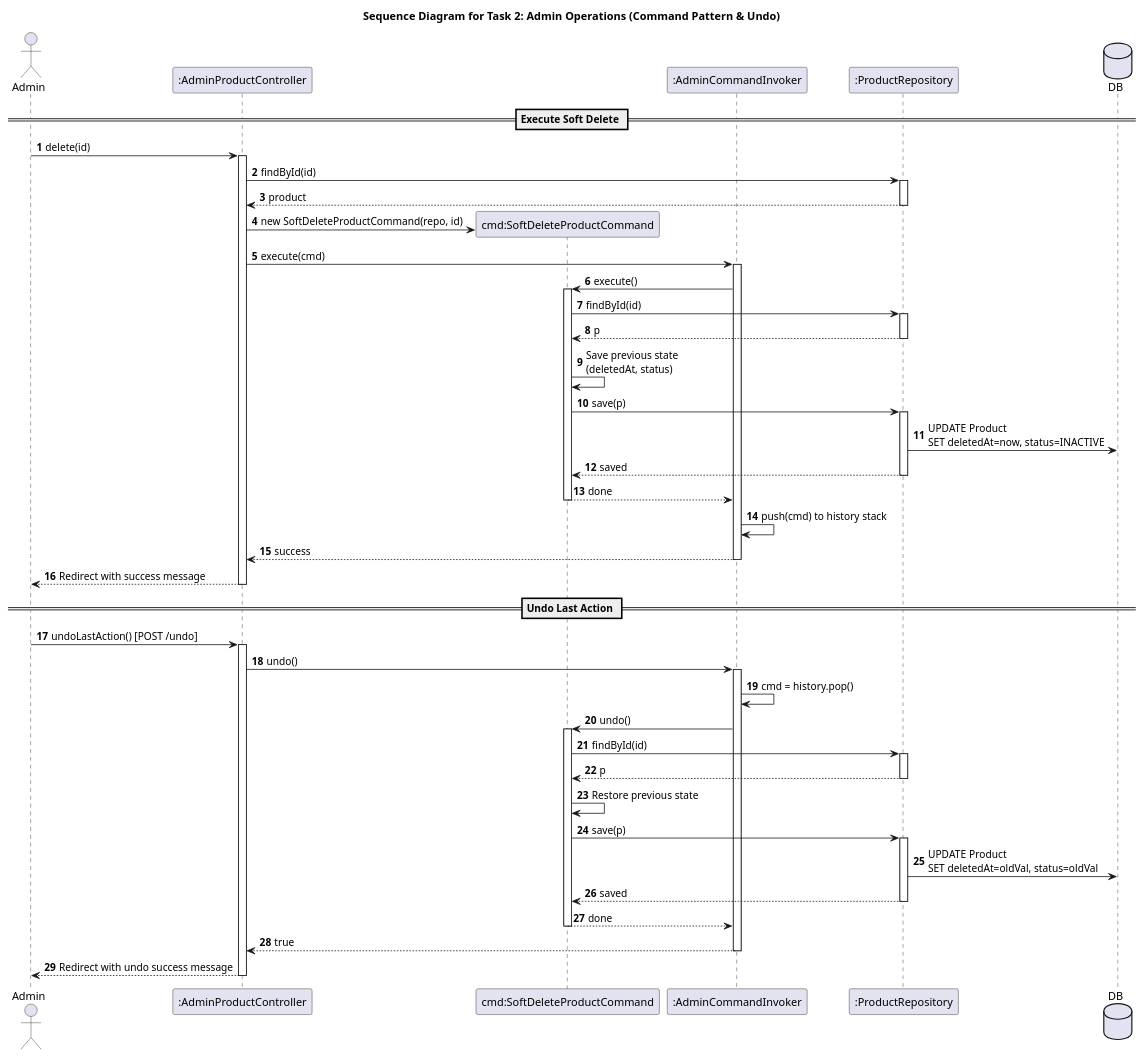
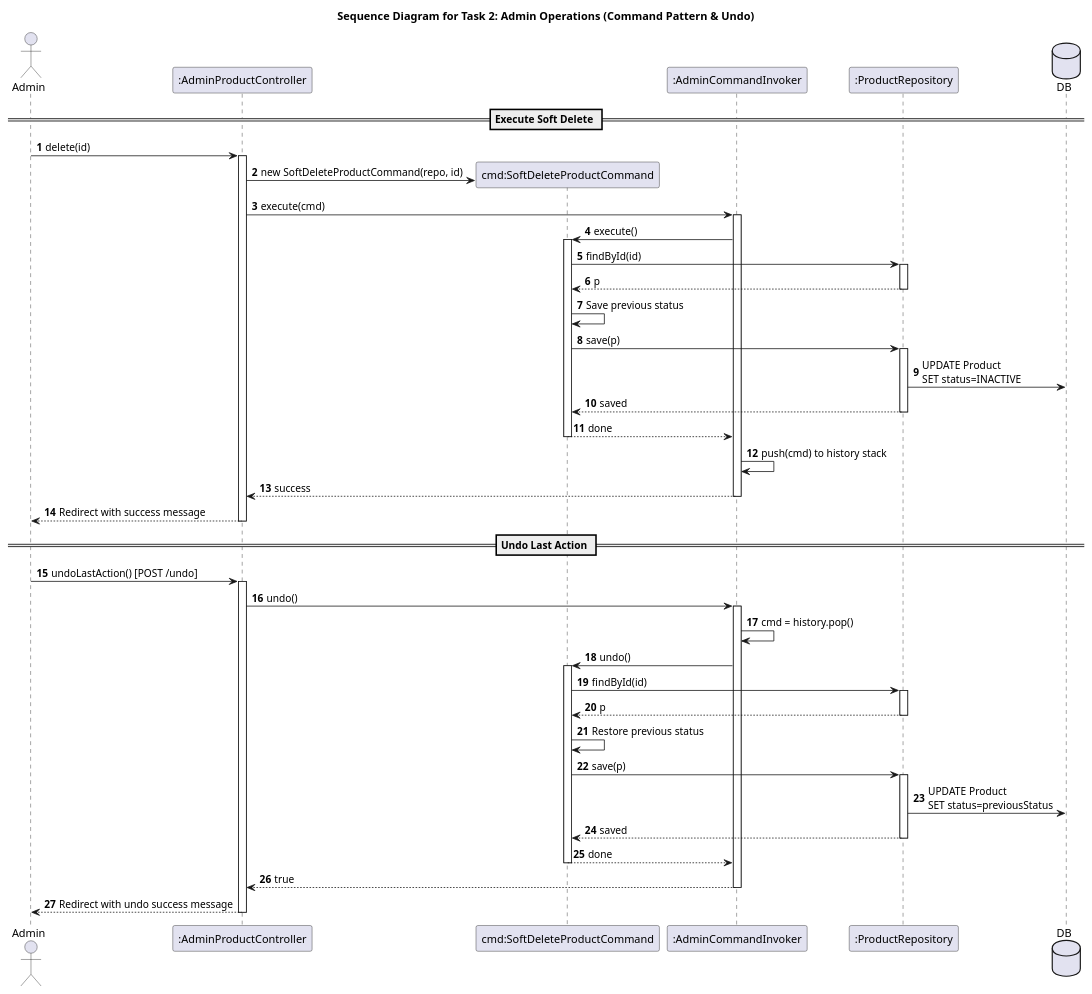
The diagram in problems/Member3_ProductAdmin/task2_sequence.puml (vothnha26/Object-Oriented_Design), drawn with PlantUML before and after one commit. The commit also changed 27 other files, not shown here.

Commit message:
docs: update design problems and sequence diagrams, remove SHIPPER role, and transition to Session/Cookie cart model

```diff
--- a/problems/Member3_ProductAdmin/task2_sequence.puml
+++ b/problems/Member3_ProductAdmin/task2_sequence.puml
@@ -1,82 +1,77 @@
-@startuml
+@startuml task2_sequence
 title Sequence Diagram for Task 2: Admin Operations (Command Pattern & Undo)
 autonumber
 
 actor Admin
 participant ":AdminProductController" as APC
 participant "cmd:SoftDeleteProductCommand" as CMD
 participant ":AdminCommandInvoker" as INV
 participant ":ProductRepository" as REPO
 database DB
 
 == Execute Soft Delete ==
 Admin -> APC : delete(id)
 activate APC
 
-APC -> REPO : findById(id)
-activate REPO
-REPO --> APC : product
-deactivate REPO
-
 APC -> CMD** : new SoftDeleteProductCommand(repo, id)
 APC -> INV : execute(cmd)
 activate INV
 
 INV -> CMD : execute()
 activate CMD
 
 CMD -> REPO : findById(id)
 activate REPO
 REPO --> CMD : p
 deactivate REPO
 
-CMD -> CMD : Save previous state\n(deletedAt, status)
+CMD -> CMD : Save previous status
 CMD -> REPO : save(p)
 activate REPO
-REPO -> DB : UPDATE Product\nSET deletedAt=now, status=INACTIVE
+REPO -> DB : UPDATE Product\nSET status=INACTIVE
 REPO --> CMD : saved
 deactivate REPO
 
 CMD --> INV : done
 deactivate CMD
 
 INV -> INV : push(cmd) to history stack
 INV --> APC : success
 deactivate INV
 
 APC --> Admin : Redirect with success message
 deactivate APC
 
 == Undo Last Action ==
 Admin -> APC : undoLastAction() [POST /undo]
 activate APC
 
 APC -> INV : undo()
 activate INV
 
 INV -> INV : cmd = history.pop()
 INV -> CMD : undo()
 activate CMD
 
 CMD -> REPO : findById(id)
 activate REPO
 REPO --> CMD : p
 deactivate REPO
 
-CMD -> CMD : Restore previous state
+CMD -> CMD : Restore previous status
 CMD -> REPO : save(p)
 activate REPO
-REPO -> DB : UPDATE Product\nSET deletedAt=oldVal, status=oldVal
+REPO -> DB : UPDATE Product\nSET status=previousStatus
 REPO --> CMD : saved
 deactivate REPO
 
 CMD --> INV : done
 deactivate CMD
 
 INV --> APC : true
 deactivate INV
 
 APC --> Admin : Redirect with undo success message
 deactivate APC
 
 @enduml
```
